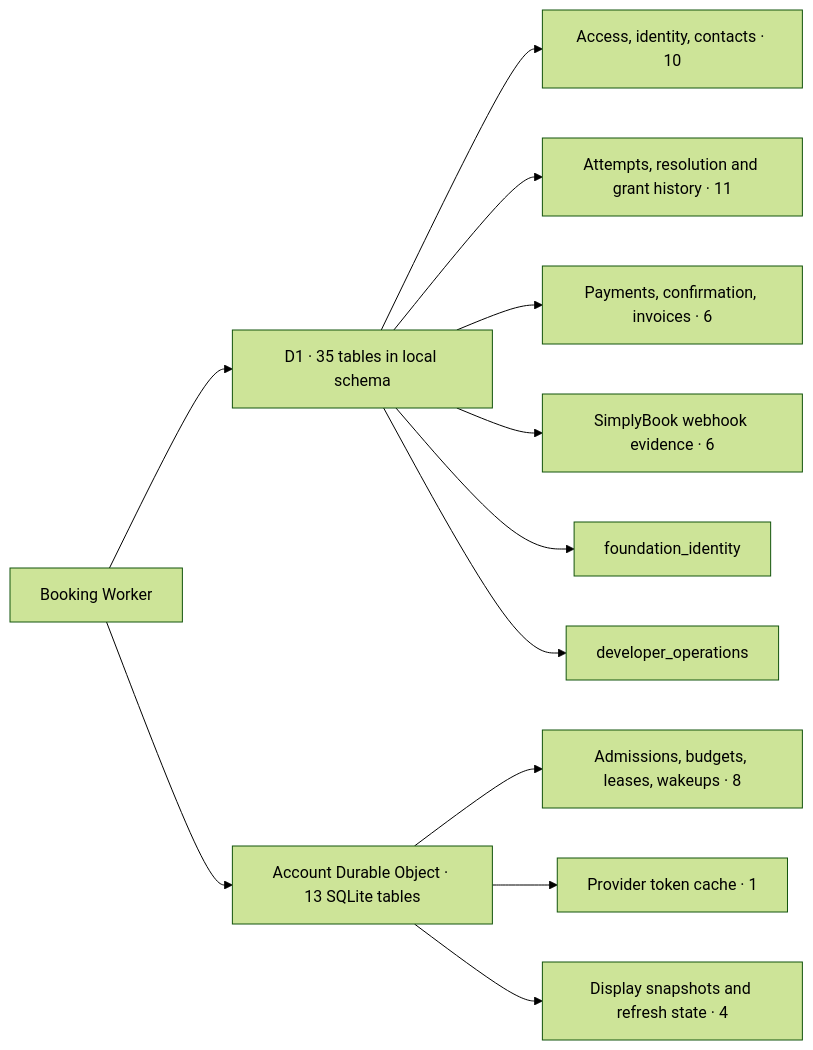
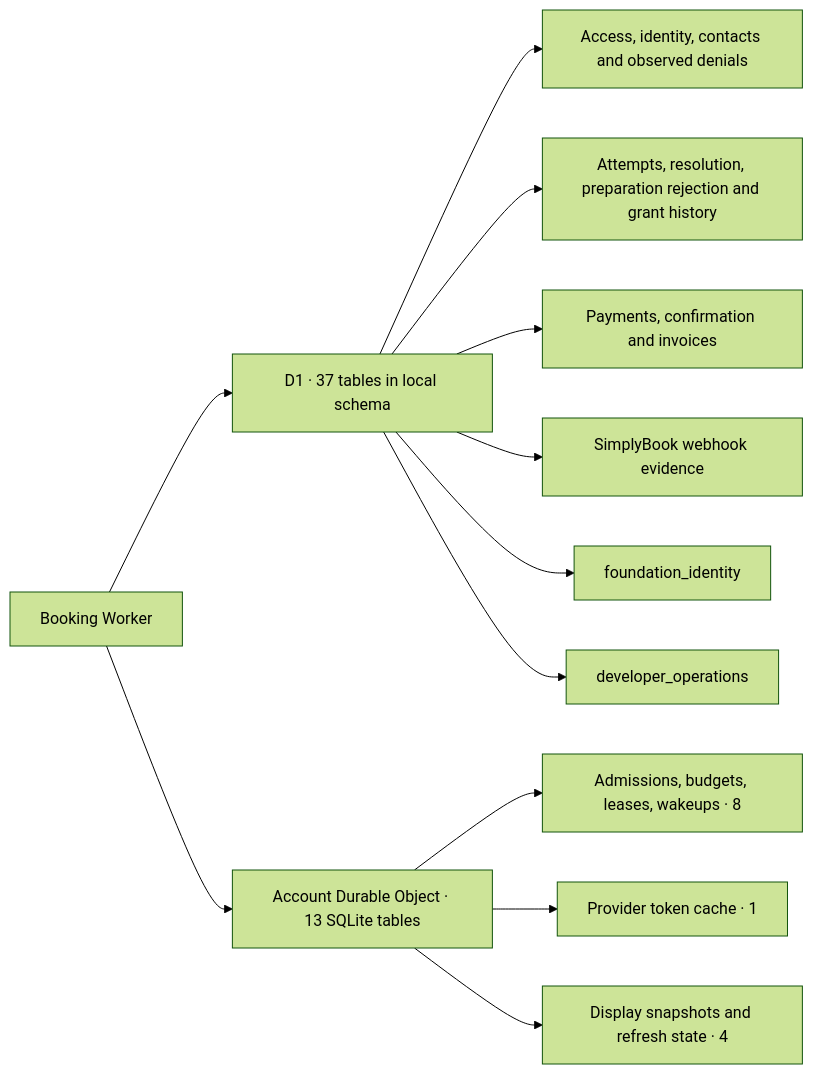
Before and after one commit to soccerbotstudiosg/soccerbotstudioSG: the first of 8 diagrams in docs/architecture/database-schema.md, drawn with Mermaid (forest theme). The commit also changed other lines of this file and 44 other files, not shown here.

````diff
--- a/docs/architecture/database-schema.md
+++ b/docs/architecture/database-schema.md
@@ -15,14 +16,14 @@
 ```mermaid
 flowchart LR
-  Worker["Booking Worker"] --> D1["D1 · 35 tables in local schema"]
+  Worker["Booking Worker"] --> D1["D1 · 37 tables in local schema"]
   Worker --> DO["Account Durable Object · 13 SQLite tables"]
-  D1 --> Identity["Access, identity, contacts · 10"]
-  D1 --> Booking["Attempts, resolution and grant history · 11"]
-  D1 --> Payment["Payments, confirmation, invoices · 6"]
-  D1 --> Webhook["SimplyBook webhook evidence · 6"]
+  D1 --> Identity["Access, identity, contacts and observed denials"]
+  D1 --> Booking["Attempts, resolution, preparation rejection and grant history"]
+  D1 --> Payment["Payments, confirmation and invoices"]
+  D1 --> Webhook["SimplyBook webhook evidence"]
   D1 --> foundation_identity["foundation_identity"]
   D1 --> developer_operations["developer_operations"]
   DO --> Coordination["Admissions, budgets, leases, wakeups · 8"]
   DO --> Tokens["Provider token cache · 1"]
   DO --> Display["Display snapshots and refresh state · 4"]
 ```
````
